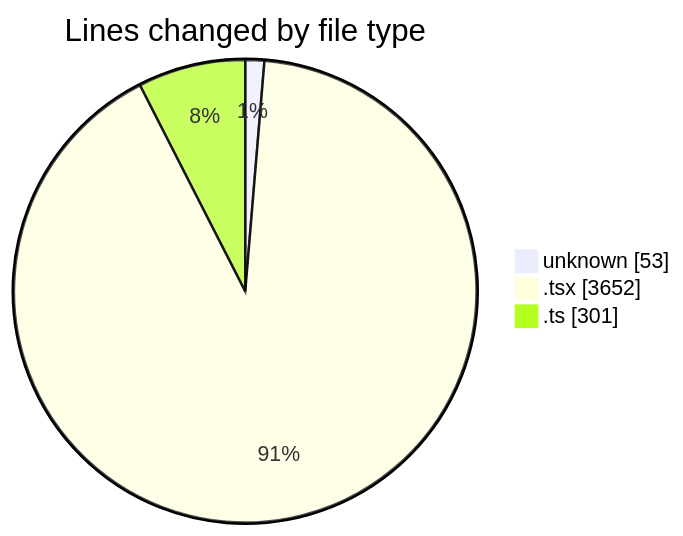
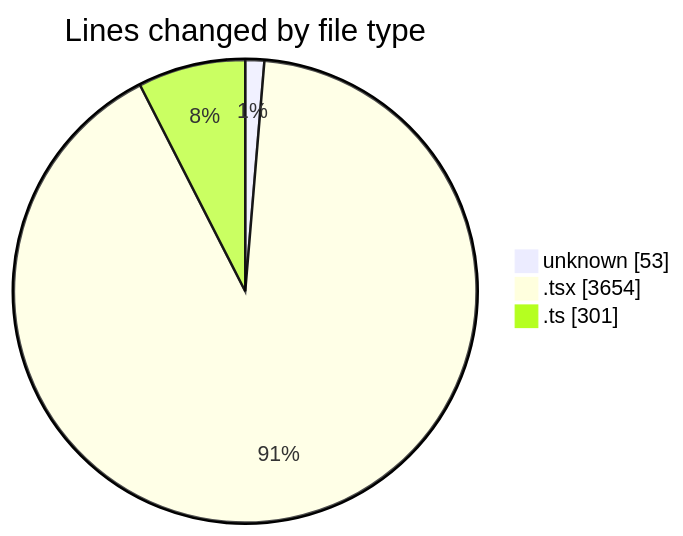
The first of 2 diagrams in 2026-01-28/cda/README.md (momahboobian/code-tracking), drawn with Mermaid before and after one commit. The commit also changed other lines of this file and 1 other file, not shown here.

````diff
--- a/2026-01-28/cda/README.md
+++ b/2026-01-28/cda/README.md
@@ -23,7 +23,7 @@
 ```mermaid
 pie showData
 title Lines changed by file type
 "unknown" : 53
-".tsx" : 3652
+".tsx" : 3654
 ".ts" : 301
 ```
````
